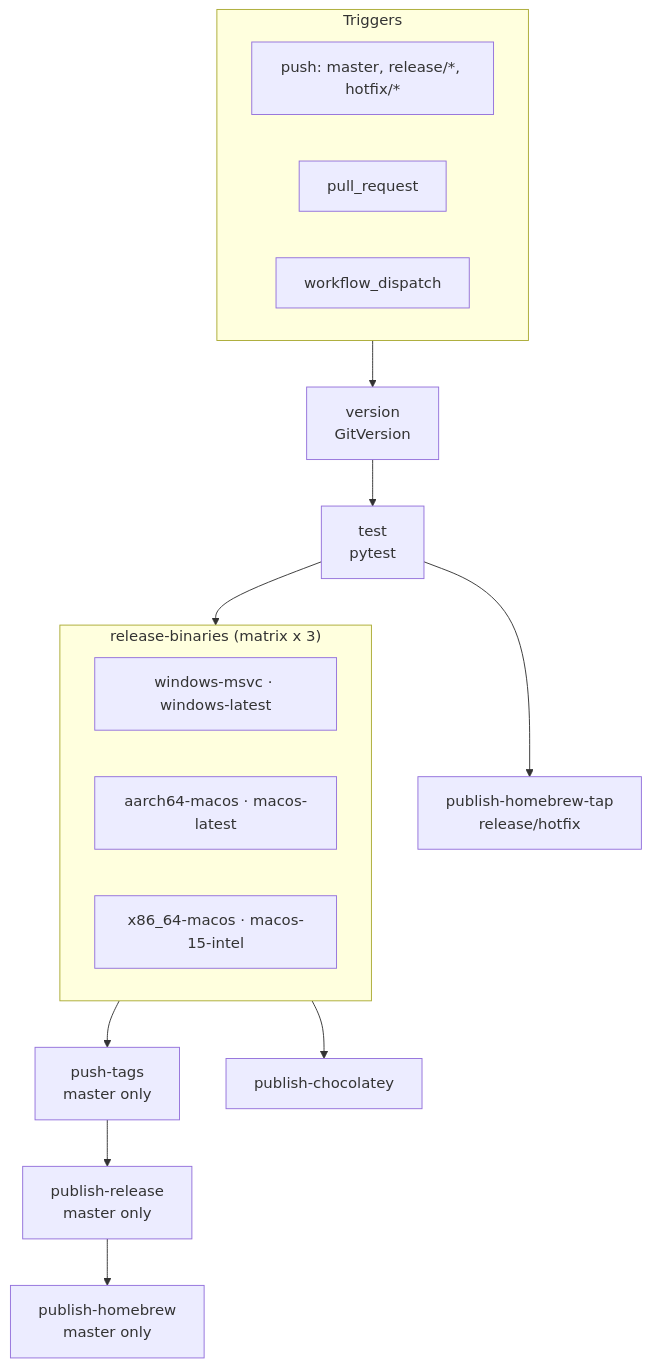
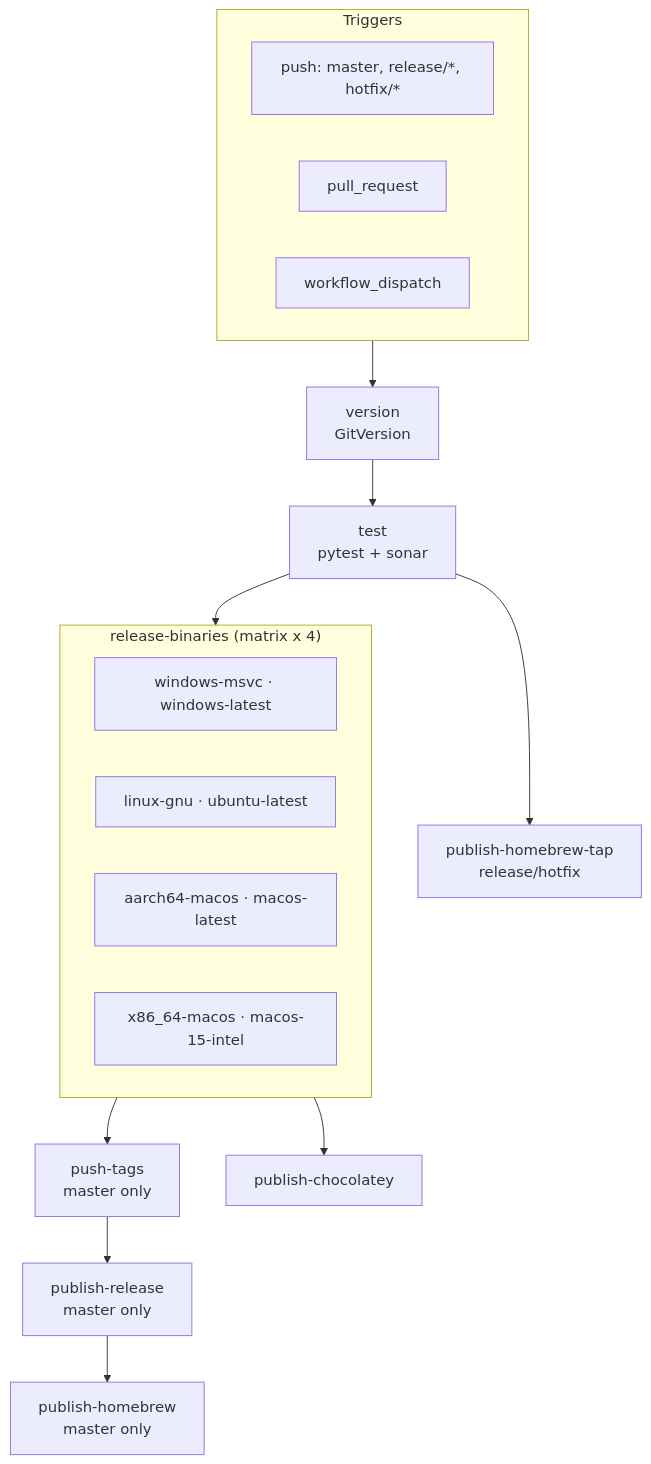
The diagram in docs/ci-cd.md (denis-peshkov/duplicate-finder), drawn with Mermaid before and after one commit. The commit also changed other lines of this file and 118 other files, not shown here.

````diff
--- a/docs/ci-cd.md
+++ b/docs/ci-cd.md
@@ -11,32 +11,33 @@
 ```mermaid
 flowchart TD
   subgraph triggers["Triggers"]
     T1["push: master, release/*, hotfix/*"]
     T2["pull_request"]
     T3["workflow_dispatch"]
   end
 
   V["version<br/>GitVersion"]
-  TEST["test<br/>pytest"]
+  TEST["test<br/>pytest + sonar"]
 
-  subgraph matrix["release-binaries (matrix x 3)"]
+  subgraph matrix["release-binaries (matrix x 4)"]
     M1["windows-msvc · windows-latest"]
-    M2["aarch64-macos · macos-latest"]
-    M3["x86_64-macos · macos-15-intel"]
+    M2["linux-gnu · ubuntu-latest"]
+    M3["aarch64-macos · macos-latest"]
+    M4["x86_64-macos · macos-15-intel"]
   end
 
   PT["push-tags<br/>master only"]
   CHR["publish-chocolatey"]
   HBT["publish-homebrew-tap<br/>release/hotfix"]
   REL["publish-release<br/>master only"]
   HB["publish-homebrew<br/>master only"]
 
   triggers --> V
   V --> TEST
   TEST --> matrix
   matrix --> PT
   matrix --> CHR
   TEST --> HBT
   PT --> REL
   REL --> HB
 ```
````
